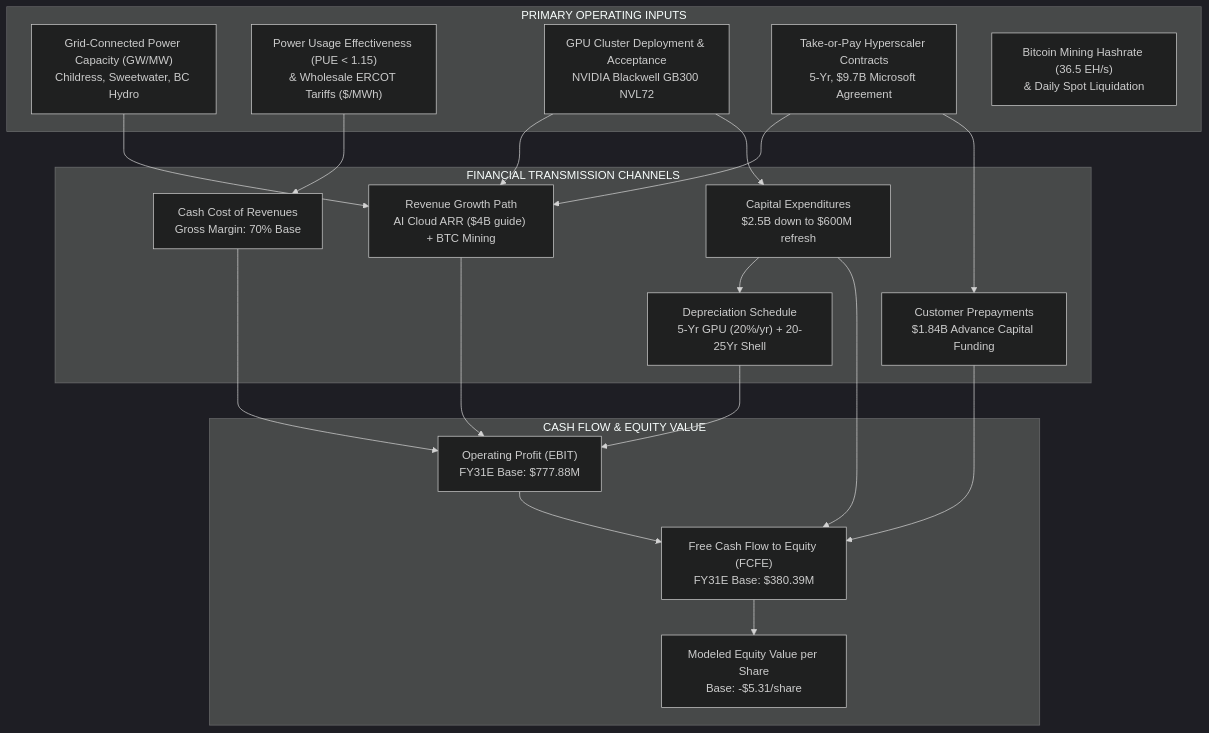
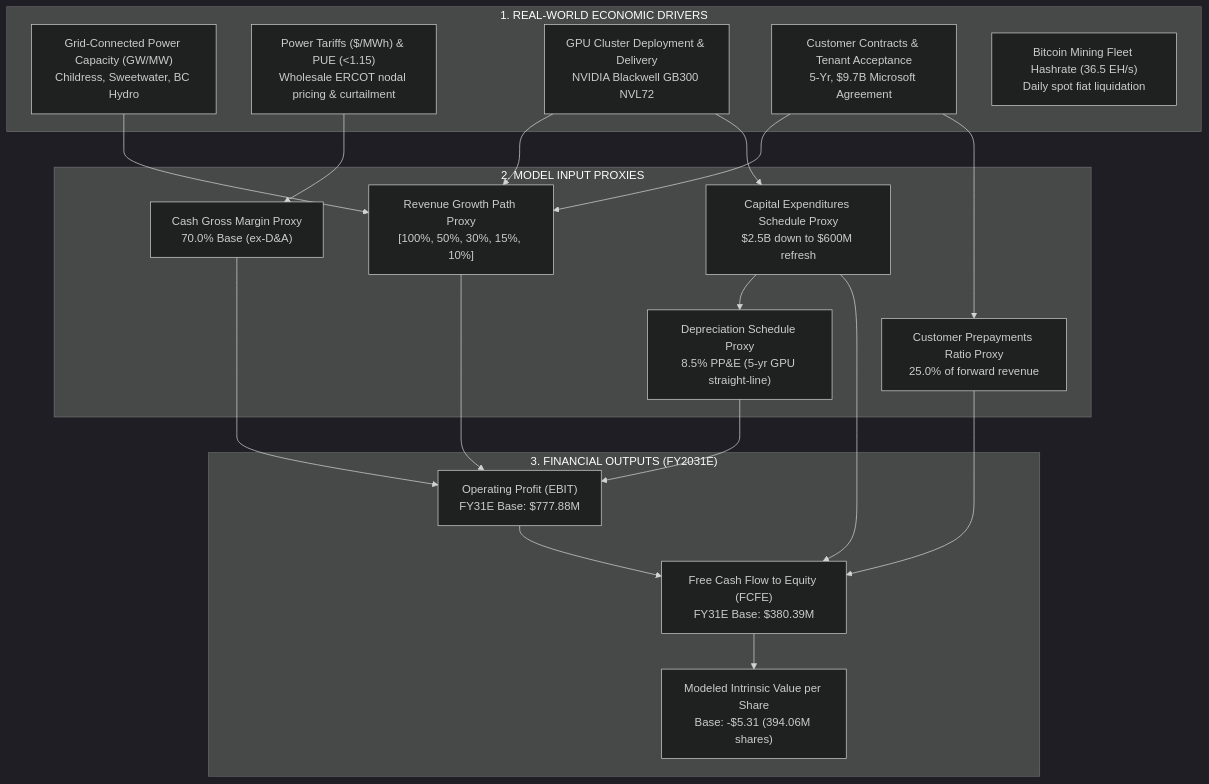
One commit to river313/IREN-research changed the second of 2 diagrams in Lab-12/lab12.md. Above: the diagram before and after it, drawn with Mermaid (dark theme). The commit also changed other lines of this file and 1 other file, not shown here.

````diff
--- a/Lab-12/lab12.md
+++ b/Lab-12/lab12.md
@@ -86,32 +86,32 @@
 ```mermaid
 flowchart TD
-    subgraph INPUTS["PRIMARY OPERATING INPUTS"]
+    subgraph REAL_DRIVERS["1. REAL-WORLD ECONOMIC DRIVERS"]
         MW["Grid-Connected Power Capacity (GW/MW)<br>Childress, Sweetwater, BC Hydro"]
-        PUE["Power Usage Effectiveness (PUE < 1.15)<br>& Wholesale ERCOT Tariffs ($/MWh)"]
-        GPU["GPU Cluster Deployment & Acceptance<br>NVIDIA Blackwell GB300 NVL72"]
-        MSFT["Take-or-Pay Hyperscaler Contracts<br>5-Yr, $9.7B Microsoft Agreement"]
-        BTC["Bitcoin Mining Hashrate (36.5 EH/s)<br>& Daily Spot Liquidation"]
+        PUE["Power Tariffs ($/MWh) & PUE (<1.15)<br>Wholesale ERCOT nodal pricing & curtailment"]
+        GPU["GPU Cluster Deployment & Delivery<br>NVIDIA Blackwell GB300 NVL72"]
+        MSFT["Customer Contracts & Tenant Acceptance<br>5-Yr, $9.7B Microsoft Agreement"]
+        BTC["Bitcoin Mining Fleet Hashrate (36.5 EH/s)<br>Daily spot fiat liquidation"]
     end
 
-    subgraph ENGINE["FINANCIAL TRANSMISSION CHANNELS"]
-        REV["Revenue Growth Path<br>AI Cloud ARR ($4B guide) + BTC Mining"]
-        COR["Cash Cost of Revenues<br>Gross Margin: 70% Base"]
-        ADV["Customer Prepayments<br>$1.84B Advance Capital Funding"]
-        CAP["Capital Expenditures<br>$2.5B down to $600M refresh"]
-        DEP["Depreciation Schedule<br>5-Yr GPU (20%/yr) + 20-25Yr Shell"]
+    subgraph PROXIES["2. MODEL INPUT PROXIES"]
+        REV["Revenue Growth Path Proxy<br>[100%, 50%, 30%, 15%, 10%]"]
+        COR["Cash Gross Margin Proxy<br>70.0% Base (ex-D&A)"]
+        ADV["Customer Prepayments Ratio Proxy<br>25.0% of forward revenue"]
+        CAP["Capital Expenditures Schedule Proxy<br>$2.5B down to $600M refresh"]
+        DEP["Depreciation Schedule Proxy<br>8.5% PP&E (5-yr GPU straight-line)"]
     end
 
-    subgraph OUTPUTS["CASH FLOW & EQUITY VALUE"]
+    subgraph FINANCIALS["3. FINANCIAL OUTPUTS (FY2031E)"]
         EBIT["Operating Profit (EBIT)<br>FY31E Base: $777.88M"]
         FCFE["Free Cash Flow to Equity (FCFE)<br>FY31E Base: $380.39M"]
-        VAL["Modeled Equity Value per Share<br>Base: -$5.31/share"]
+        VAL["Modeled Intrinsic Value per Share<br>Base: -$5.31 (394.06M shares)"]
     end
 
     MW & GPU & MSFT --> REV
     PUE --> COR
     MSFT --> ADV
     GPU --> CAP --> DEP
     REV & COR & DEP --> EBIT
     EBIT & ADV & CAP --> FCFE
     FCFE --> VAL
 ```
````
